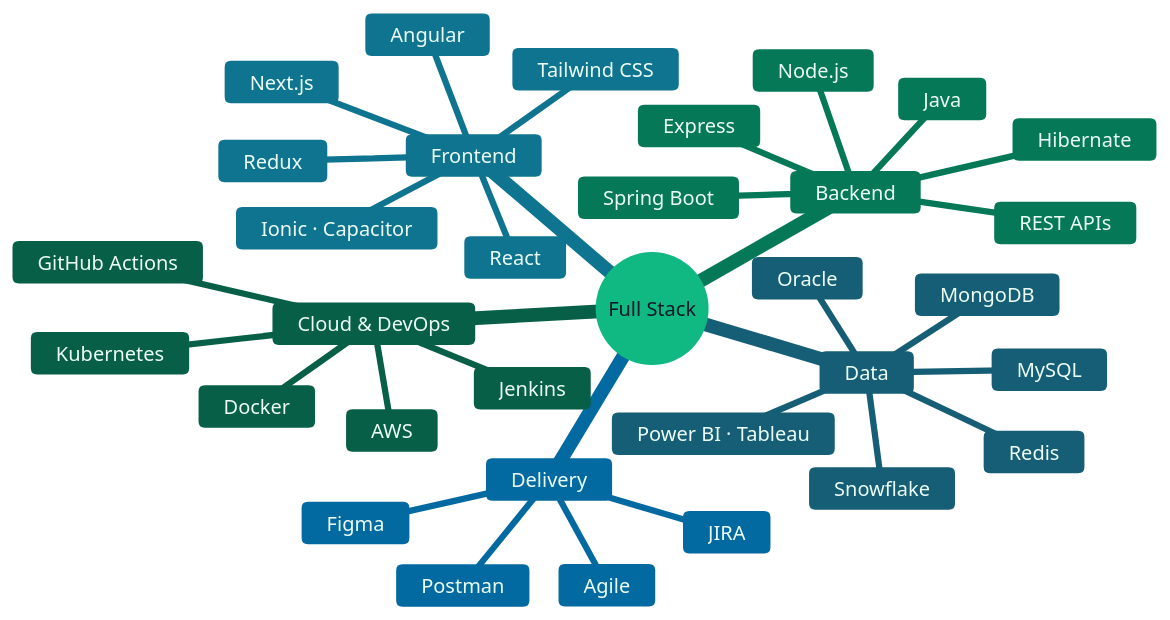
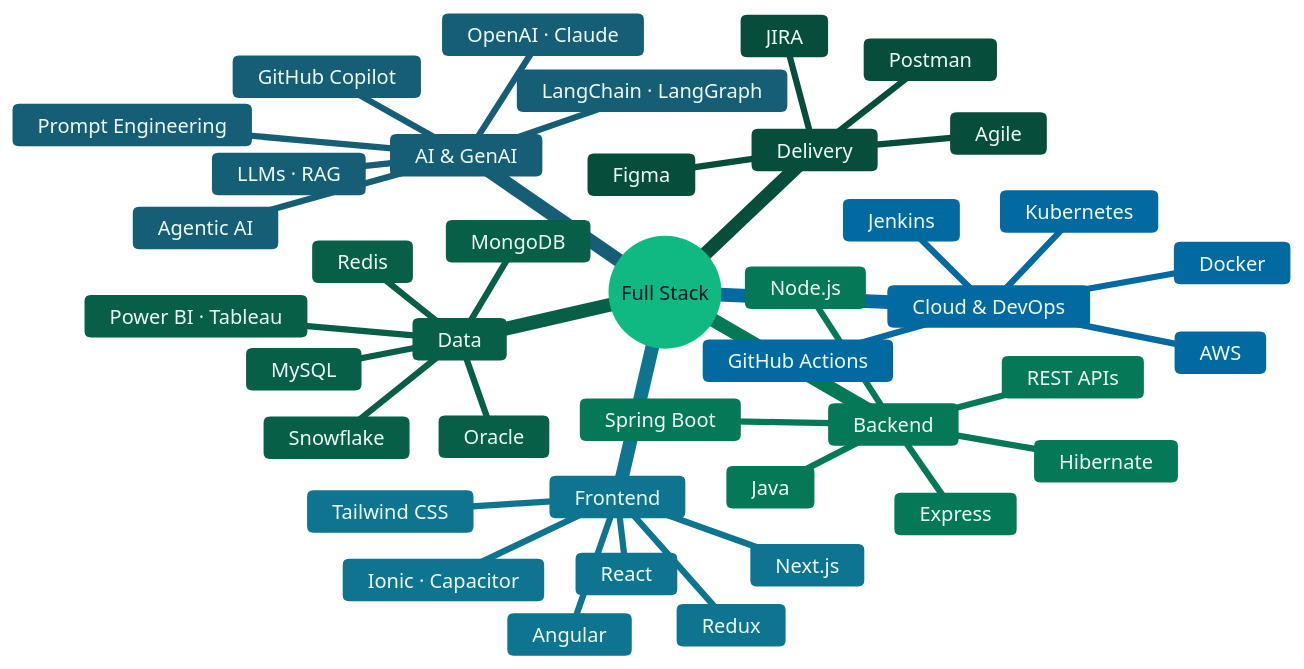
The second of 9 diagrams in README.md (vishnu-ing/vishnu-ing), drawn with Mermaid before and after one commit. The commit also changed other lines of this file, not shown here.

Commit message:
Highlight AI/GenAI work in profile README

````diff
--- a/README.md
+++ b/README.md
@@ -90,37 +98,44 @@
 ```mermaid
 %%{init: {"theme":"base","themeVariables":{"darkMode":true,"background":"#0F172A","git0":"#10B981","gitBranchLabel0":"#0F172A","primaryColor":"#111827","primaryBorderColor":"#10B981","primaryTextColor":"#E2E8F0","secondaryColor":"#064E3B","secondaryBorderColor":"#34D399","secondaryTextColor":"#ECFDF5","tertiaryColor":"#0B1220","tertiaryBorderColor":"#06B6D4","tertiaryTextColor":"#E2E8F0","mainBkg":"#111827","nodeBorder":"#10B981","clusterBkg":"#0B1220","clusterBorder":"#1E293B","lineColor":"#06B6D4","textColor":"#A7F3D0","edgeLabelBackground":"#0F172A","actorBkg":"#111827","actorBorder":"#10B981","actorTextColor":"#E2E8F0","actorLineColor":"#334155","signalColor":"#06B6D4","signalTextColor":"#A7F3D0","labelBoxBkgColor":"#111827","labelBoxBorderColor":"#10B981","labelTextColor":"#E2E8F0","loopTextColor":"#A7F3D0","noteBkgColor":"#064E3B","noteBorderColor":"#34D399","noteTextColor":"#ECFDF5","activationBkgColor":"#047857","activationBorderColor":"#34D399","sequenceNumberColor":"#0F172A","cScale0":"#064E3B","cScaleLabel0":"#ECFDF5","cScalePeer0":"#34D399","cScale1":"#0E7490","cScaleLabel1":"#ECFDF5","cScalePeer1":"#34D399","cScale2":"#047857","cScaleLabel2":"#ECFDF5","cScalePeer2":"#34D399","cScale3":"#155E75","cScaleLabel3":"#ECFDF5","cScalePeer3":"#34D399","cScale4":"#065F46","cScaleLabel4":"#ECFDF5","cScalePeer4":"#34D399","cScale5":"#0369A1","cScaleLabel5":"#ECFDF5","cScalePeer5":"#34D399","cScale6":"#064E3B","cScaleLabel6":"#ECFDF5","cScalePeer6":"#34D399","cScale7":"#0E7490","cScaleLabel7":"#ECFDF5","cScalePeer7":"#34D399","cScale8":"#047857","cScaleLabel8":"#ECFDF5","cScalePeer8":"#34D399","cScale9":"#155E75","cScaleLabel9":"#ECFDF5","cScalePeer9":"#34D399","cScale10":"#065F46","cScaleLabel10":"#ECFDF5","cScalePeer10":"#34D399","cScale11":"#0369A1","cScaleLabel11":"#ECFDF5","cScalePeer11":"#34D399"}}}%%
 mindmap
   root((Full Stack))
     Frontend
       React
       Next.js
       Angular
       Ionic · Capacitor
       Redux
       Tailwind CSS
     Backend
       Java
       Spring Boot
       Hibernate
       Node.js
       Express
       REST APIs
+    AI & GenAI
+      LLMs · RAG
+      Agentic AI
+      OpenAI · Claude
+      LangChain · LangGraph
+      Prompt Engineering
+      GitHub Copilot
     Data
       MySQL
       MongoDB
       Redis
       Oracle
       Snowflake
       Power BI · Tableau
     Cloud & DevOps
       AWS
       Docker
       Kubernetes
       Jenkins
       GitHub Actions
     Delivery
       Agile
       JIRA
       Postman
       Figma
 ```
````
